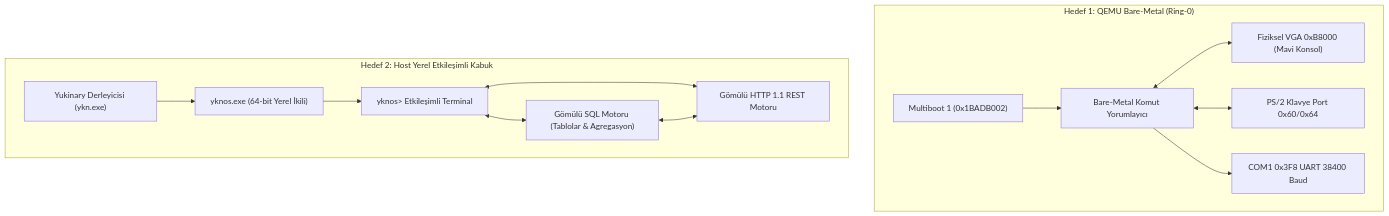
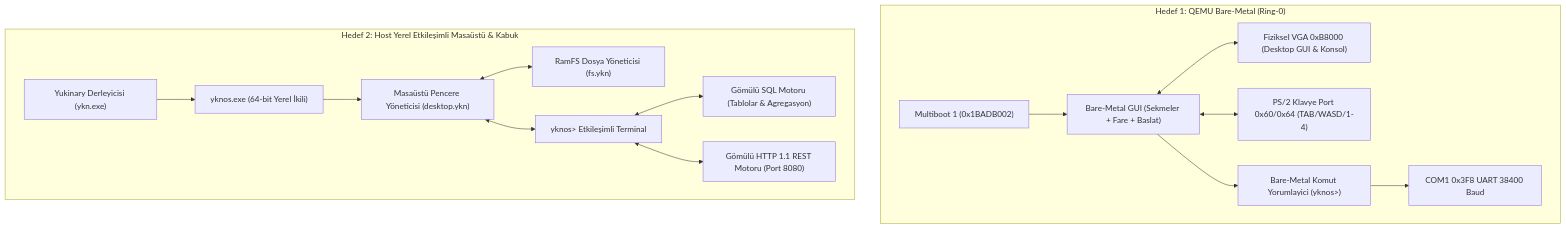
Before and after one commit to ykncode/yukinary: the diagram in examples/yknos/README.md, drawn with Mermaid. The commit also changed other lines of this file and 4 other files, not shown here.

Commit message:
feat(yknos): add interactive desktop GUI, tabs, start menu, file manager, and mouse cursor

````diff
--- a/examples/yknos/README.md
+++ b/examples/yknos/README.md
@@ -31,29 +33,34 @@
 ```mermaid
 flowchart TD
     subgraph Hedef1 ["Hedef 1: QEMU Bare-Metal (Ring-0)"]
         MB["Multiboot 1 (0x1BADB002)"]
-        VGA_HW["Fiziksel VGA 0xB8000 (Mavi Konsol)"]
-        PS2_HW["PS/2 Klavye Port 0x60/0x64"]
+        VGA_HW["Fiziksel VGA 0xB8000 (Desktop GUI & Konsol)"]
+        PS2_HW["PS/2 Klavye Port 0x60/0x64 (TAB/WASD/1-4)"]
         COM1_HW["COM1 0x3F8 UART 38400 Baud"]
-        BM_SHELL["Bare-Metal Komut Yorumlayıcı"]
+        BM_GUI["Bare-Metal GUI (Sekmeler + Fare + Baslat)"]
+        BM_SHELL["Bare-Metal Komut Yorumlayici (yknos>)"]
 
-        MB --> BM_SHELL
-        BM_SHELL <--> VGA_HW
-        BM_SHELL <--> PS2_HW
+        MB --> BM_GUI
+        BM_GUI <--> VGA_HW
+        BM_GUI <--> PS2_HW
+        BM_GUI --> BM_SHELL
         BM_SHELL --> COM1_HW
     end
 
-    subgraph Hedef2 ["Hedef 2: Host Yerel Etkileşimli Kabuk"]
+    subgraph Hedef2 ["Hedef 2: Host Yerel Etkileşimli Masaüstü & Kabuk"]
         YKN_COMP["Yukinary Derleyicisi (ykn.exe)"]
         YKN_EXE["yknos.exe (64-bit Yerel İkili)"]
+        DESKTOP_MGR["Masaüstü Pencere Yöneticisi (desktop.ykn)"]
+        FILE_MGR["RamFS Dosya Yöneticisi (fs.ykn)"]
         LIVE_SHELL["yknos> Etkileşimli Terminal"]
         SQL_CORE["Gömülü SQL Motoru (Tablolar & Agregasyon)"]
-        HTTP_CORE["Gömülü HTTP 1.1 REST Motoru"]
+        HTTP_CORE["Gömülü HTTP 1.1 REST Motoru (Port 8080)"]
 
         YKN_COMP --> YKN_EXE
-        YKN_EXE --> LIVE_SHELL
+        YKN_EXE --> DESKTOP_MGR
+        DESKTOP_MGR <--> FILE_MGR
+        DESKTOP_MGR <--> LIVE_SHELL
         LIVE_SHELL <--> SQL_CORE
         LIVE_SHELL <--> HTTP_CORE
-        SQL_CORE <--> HTTP_CORE
     end
 ```
````
